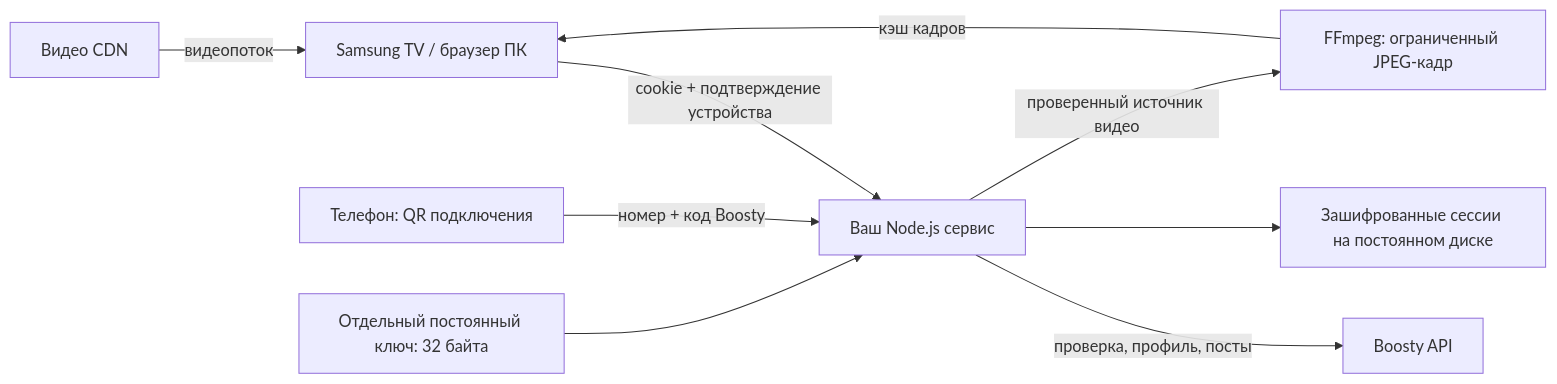
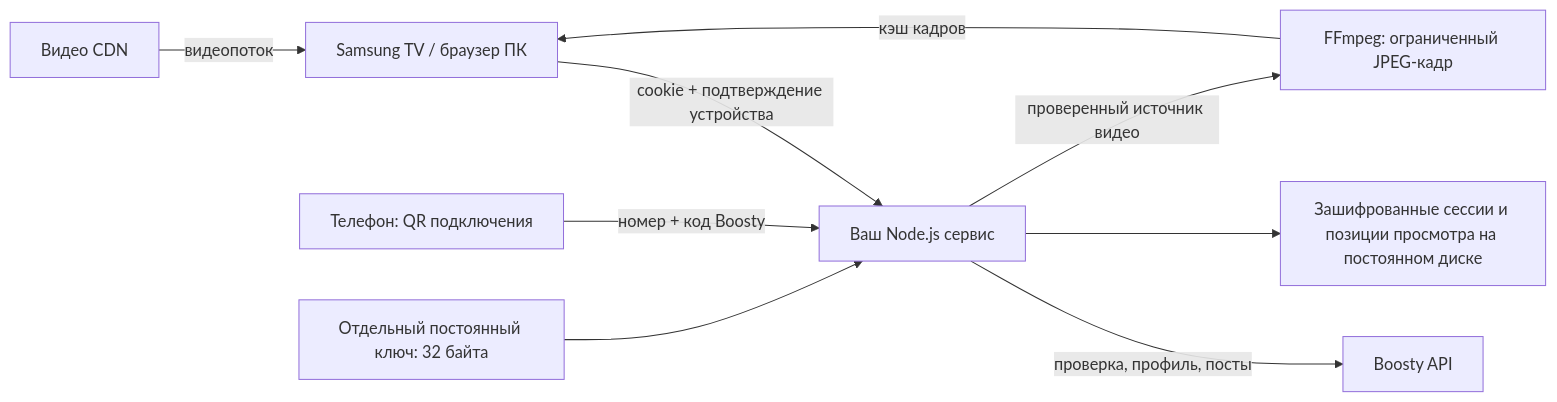
The diagram in README.ru.md (staners2/boosty-samsung-tv), drawn with Mermaid before and after one commit. The commit also changed other lines of this file and 12 other files, not shown here.

````diff
--- a/README.ru.md
+++ b/README.ru.md
@@ -47,11 +62,11 @@
 ```mermaid
 flowchart LR
   TV["Samsung TV / браузер ПК"] -->|"cookie + подтверждение устройства"| Broker["Ваш Node.js сервис"]
   Phone["Телефон: QR подключения"] -->|"номер + код Boosty"| Broker
   Broker -->|"проверка, профиль, посты"| Boosty["Boosty API"]
-  Broker --> Vault["Зашифрованные сессии на постоянном диске"]
+  Broker --> Vault["Зашифрованные сессии и позиции просмотра на постоянном диске"]
   Key["Отдельный постоянный ключ: 32 байта"] --> Broker
   Broker -->|"проверенный источник видео"| Frames["FFmpeg: ограниченный JPEG-кадр"]
   Frames -->|"кэш кадров"| TV
   CDN["Видео CDN"] -->|"видеопоток"| TV
 ```
````
